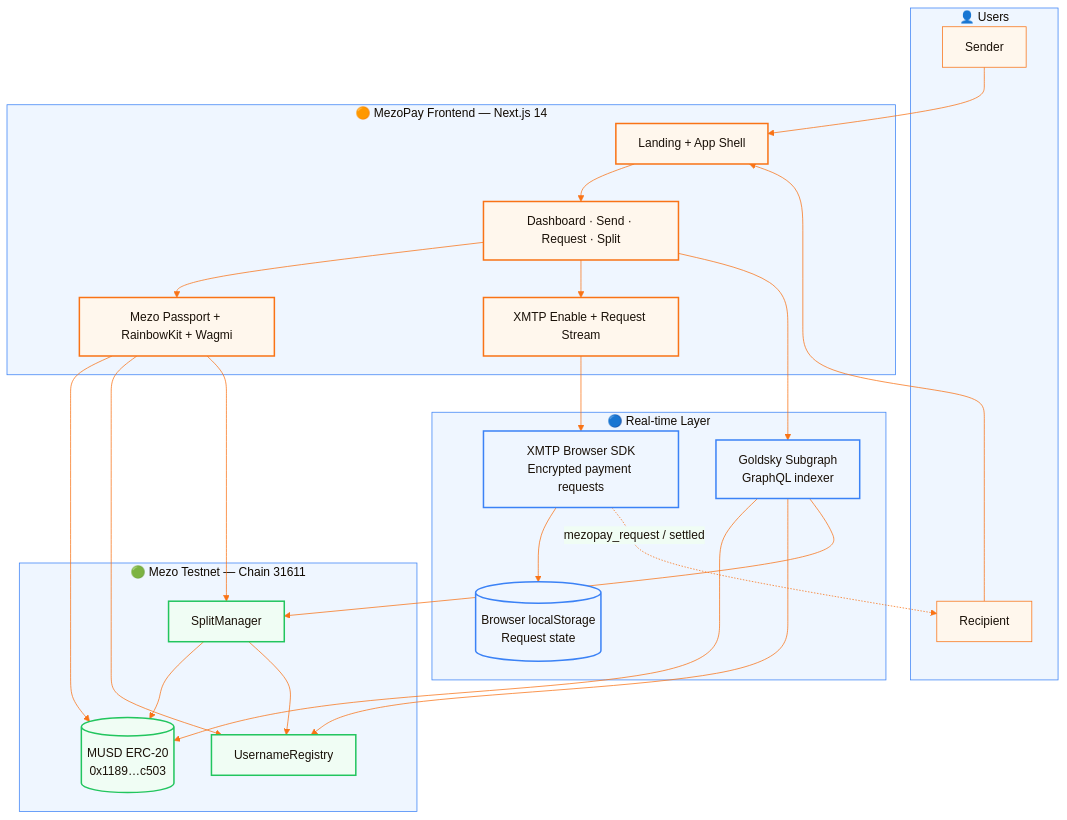
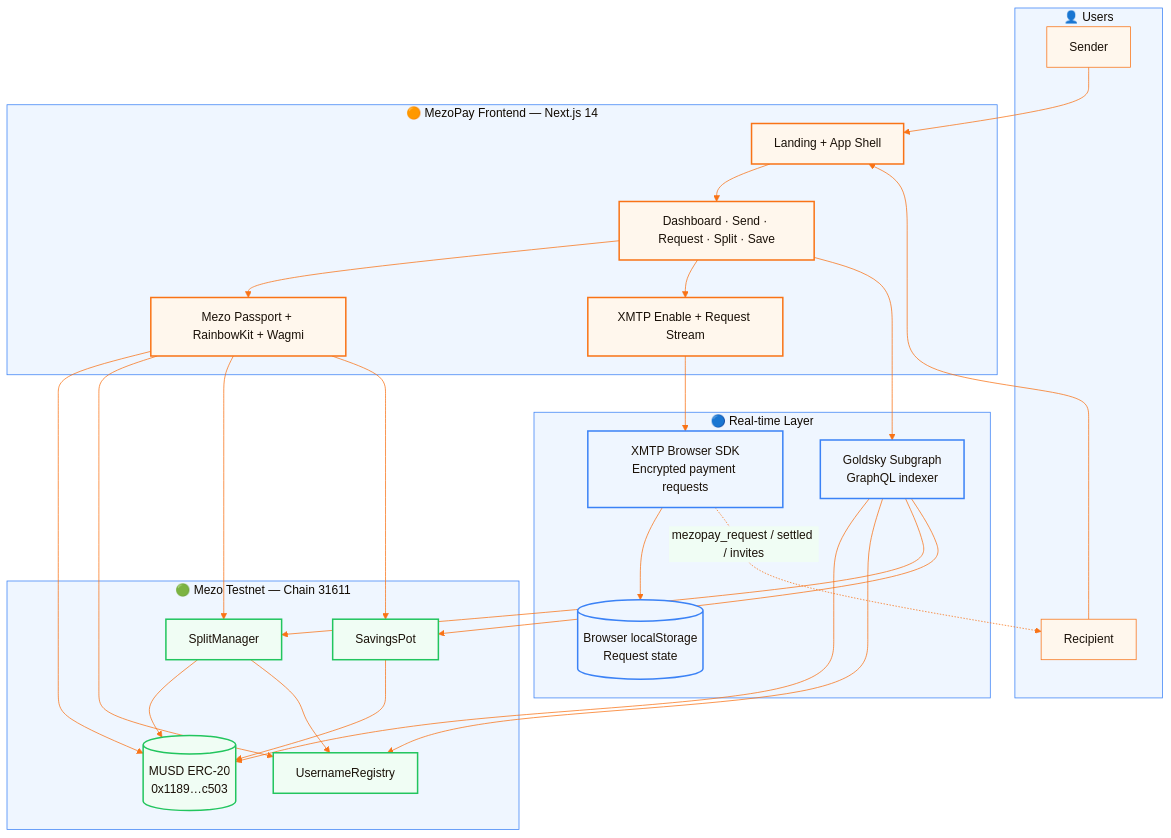
One commit to ShivamSoni20/MezoPay changed the first of 3 diagrams in README.md. Above: the diagram before and after it, drawn with Mermaid. The commit also changed other lines of this file and 5 other files, not shown here.

````diff
--- a/README.md
+++ b/README.md
@@ -60,52 +70,56 @@
 ```mermaid
 %%{init: {'theme': 'base', 'themeVariables': {'fontFamily': 'DM Sans, sans-serif', 'primaryColor': '#FFF7ED', 'primaryTextColor': '#1A1108', 'primaryBorderColor': '#F97316', 'secondaryColor': '#F0FDF4', 'secondaryBorderColor': '#22C55E', 'tertiaryColor': '#EFF6FF', 'tertiaryBorderColor': '#3B82F6', 'lineColor': '#F97316'}}}%%
 flowchart TB
     subgraph users["👤 Users"]
         U1[Sender]
         U2[Recipient]
     end
 
     subgraph frontend["🟠 MezoPay Frontend — Next.js 14"]
         UI[Landing + App Shell]
-        DASH[Dashboard · Send · Request · Split]
+        DASH[Dashboard · Send · Request · Split · Save]
         XMTP_UI[XMTP Enable + Request Stream]
         WALLET[Mezo Passport + RainbowKit + Wagmi]
     end
 
     subgraph offchain["🔵 Real-time Layer"]
         XMTP[XMTP Browser SDK<br/>Encrypted payment requests]
         GOLDSKY[Goldsky Subgraph<br/>GraphQL indexer]
         LS[(Browser localStorage<br/>Request state)]
     end
 
     subgraph mezo["🟢 Mezo Testnet — Chain 31611"]
         MUSD[(MUSD ERC-20<br/>0x1189…c503)]
         REG[UsernameRegistry]
         SPLIT[SplitManager]
+        POT[SavingsPot]
     end
 
     U1 --> UI
     U2 --> UI
     UI --> DASH
     DASH --> WALLET
     DASH --> XMTP_UI
     WALLET --> MUSD
     WALLET --> REG
     WALLET --> SPLIT
+    WALLET --> POT
     XMTP_UI --> XMTP
     XMTP --> LS
     DASH --> GOLDSKY
     GOLDSKY --> MUSD
     GOLDSKY --> REG
     GOLDSKY --> SPLIT
+    GOLDSKY --> POT
     SPLIT --> MUSD
     SPLIT --> REG
-    XMTP -.->|mezopay_request / settled| U2
+    POT --> MUSD
+    XMTP -.->|mezopay_request / settled / invites| U2
 
     classDef mezo fill:#F0FDF4,stroke:#22C55E,stroke-width:2px,color:#1A1108
     classDef front fill:#FFF7ED,stroke:#F97316,stroke-width:2px,color:#1A1108
     classDef rt fill:#EFF6FF,stroke:#3B82F6,stroke-width:2px,color:#1A1108
-    class MUSD,REG,SPLIT mezo
+    class MUSD,REG,SPLIT,POT mezo
     class UI,DASH,XMTP_UI,WALLET front
     class XMTP,GOLDSKY,LS rt
 ```
````
